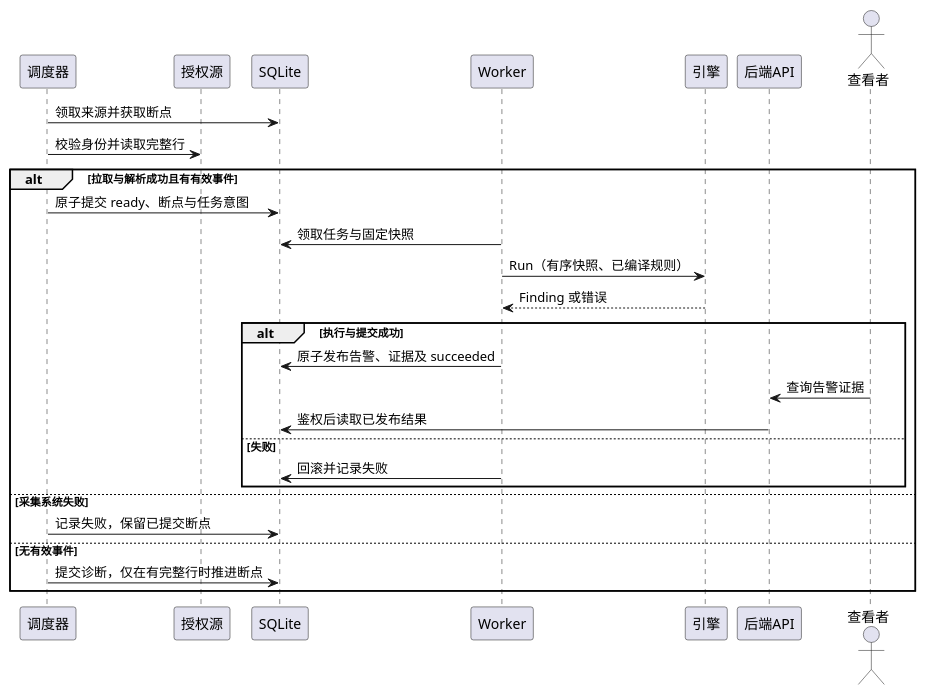
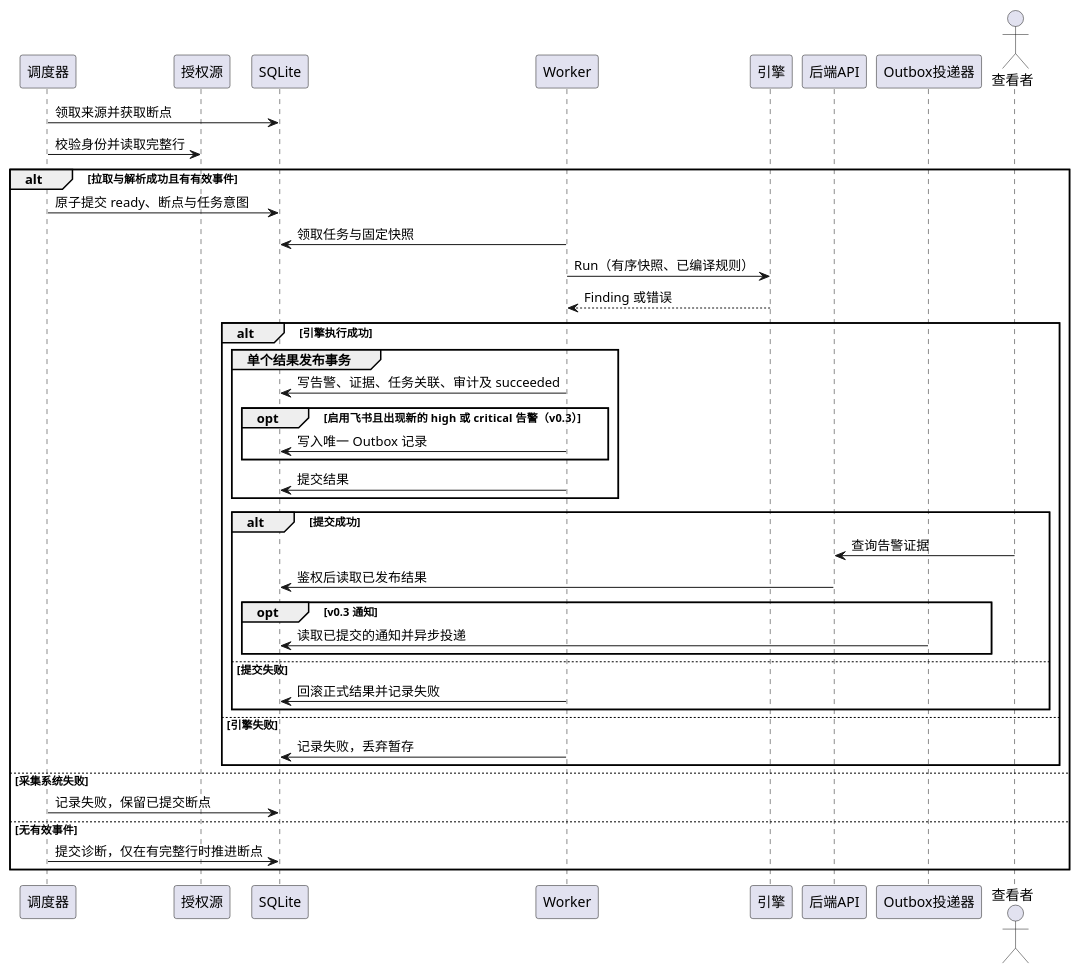
Before and after one commit to Double-Cloth/NetSentinel: the diagram in models/sequence-automatic-analysis.puml, drawn with PlantUML. The commit also changed 17 other files, not shown here.

```diff
--- a/models/sequence-automatic-analysis.puml
+++ b/models/sequence-automatic-analysis.puml
@@ -1,29 +1,43 @@
 @startuml
 skinparam defaultFontName Microsoft YaHei
 participant 调度器
 participant 授权源
 participant SQLite
 participant Worker
 participant 引擎
 participant 后端API
+participant Outbox投递器
 actor 查看者
 调度器 -> SQLite : 领取来源并获取断点
 调度器 -> 授权源 : 校验身份并读取完整行
 alt 拉取与解析成功且有有效事件
   调度器 -> SQLite : 原子提交 ready、断点与任务意图
   Worker -> SQLite : 领取任务与固定快照
   Worker -> 引擎 : Run（有序快照、已编译规则）
   引擎 --> Worker : Finding 或错误
-  alt 执行与提交成功
-    Worker -> SQLite : 原子发布告警、证据及 succeeded
-    查看者 -> 后端API : 查询告警证据
-    后端API -> SQLite : 鉴权后读取已发布结果
-  else 失败
-    Worker -> SQLite : 回滚并记录失败
+  alt 引擎执行成功
+    group 单个结果发布事务
+      Worker -> SQLite : 写告警、证据、任务关联、审计及 succeeded
+      opt 启用飞书且出现新的 high 或 critical 告警（v0.3）
+        Worker -> SQLite : 写入唯一 Outbox 记录
+      end
+      Worker -> SQLite : 提交结果
+    end
+    alt 提交成功
+      查看者 -> 后端API : 查询告警证据
+      后端API -> SQLite : 鉴权后读取已发布结果
+      opt v0.3 通知
+        Outbox投递器 -> SQLite : 读取已提交的通知并异步投递
+      end
+    else 提交失败
+      Worker -> SQLite : 回滚正式结果并记录失败
+    end
+  else 引擎失败
+    Worker -> SQLite : 记录失败，丢弃暂存
   end
 else 采集系统失败
   调度器 -> SQLite : 记录失败，保留已提交断点
 else 无有效事件
   调度器 -> SQLite : 提交诊断，仅在有完整行时推进断点
 end
 @enduml
```
